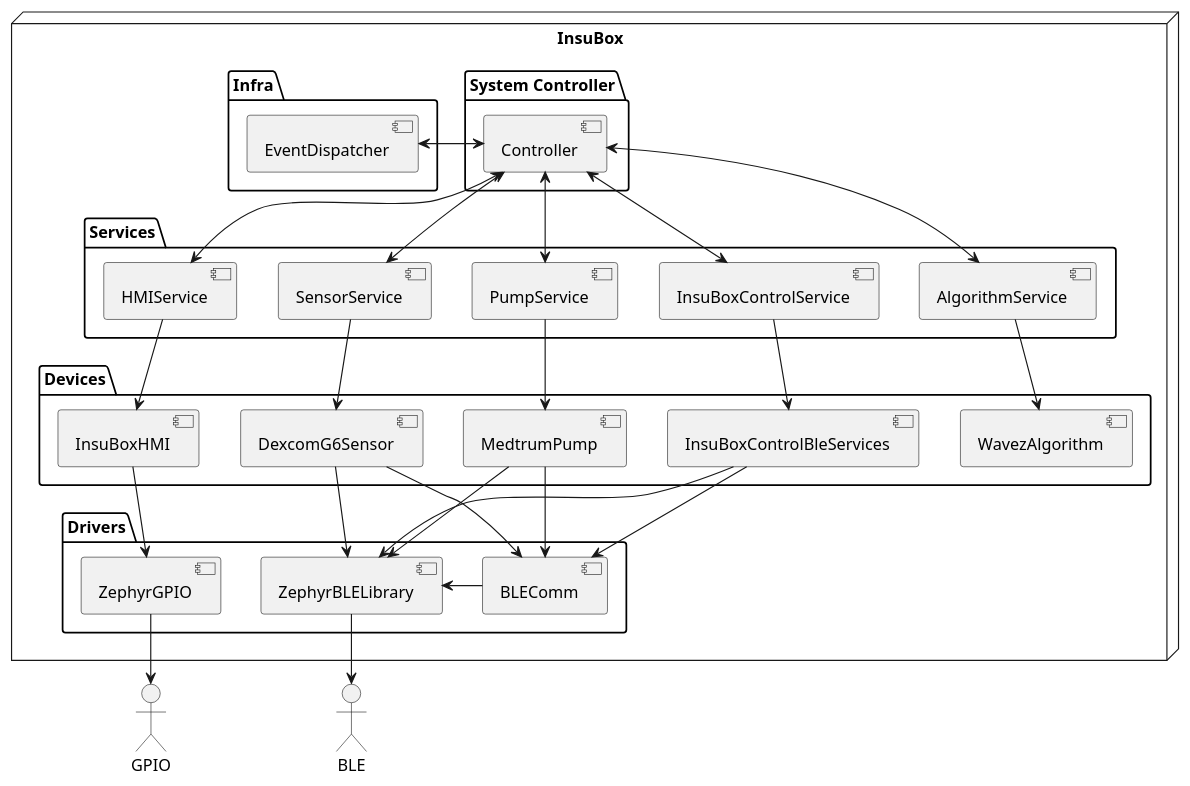
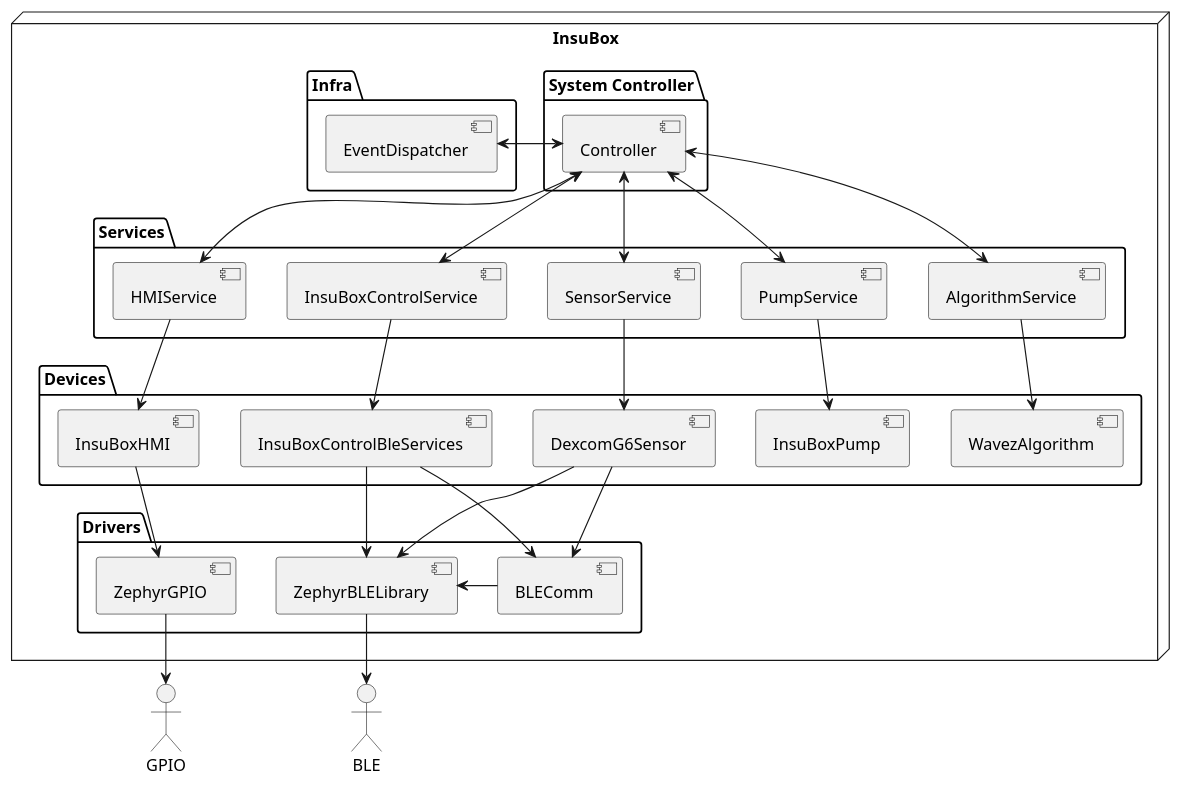
One commit to jbr7rr/insuBox changed the diagram in inline_umlgraph_pnghtml.pu. Above: the diagram before and after it, drawn with PlantUML. The commit also changed 1369 other files, not shown here.

```diff
--- a/inline_umlgraph_pnghtml.pu
+++ b/inline_umlgraph_pnghtml.pu
@@ -1,66 +1,64 @@
 @startuml inline_umlgraph_1.png
 node "InsuBox" {
     package "System Controller" {
         [Controller]
     }
 
     package "Infra" {
         [EventDispatcher]
     }
 
     package "Services" {
         [AlgorithmService]
         [PumpService]
         [SensorService]
         [InsuBoxControlService]
         [HMIService]
     }
 
     package "Devices" {
         [WavezAlgorithm]
-        [MedtrumPump]
+        [InsuBoxPump]
         [DexcomG6Sensor]
         [InsuBoxControlBleServices]
         [InsuBoxHMI]
     }
 
     package "Drivers" {
         [BLEComm]
         [ZephyrBLELibrary]
         [ZephyrGPIO]
     }
 }
 
 ' System Controller
 Controller <-down-> PumpService
 Controller <-down-> SensorService
 Controller <-down-> InsuBoxControlService
 Controller <-down-> AlgorithmService
 Controller <-down-> HMIService
 Controller <-left-> EventDispatcher
 
 ' Services
 AlgorithmService -down-> WavezAlgorithm
-PumpService -down-> MedtrumPump
+PumpService -down-> InsuBoxPump
 SensorService -down-> DexcomG6Sensor
 InsuBoxControlService -down-> InsuBoxControlBleServices
 HMIService -down-> InsuBoxHMI
 
 ' Devices
-MedtrumPump -down-> BLEComm
-MedtrumPump -down-> ZephyrBLELibrary
 DexcomG6Sensor -down-> BLEComm
 DexcomG6Sensor -down-> ZephyrBLELibrary
 InsuBoxControlBleServices -down-> BLEComm
 InsuBoxControlBleServices -down-> ZephyrBLELibrary
 InsuBoxHMI -down-> ZephyrGPIO
 
 ' Peripherals
 actor BLE as "BLE"
 actor GPIO as "GPIO"
 
 ' Drivers
 BLEComm -> ZephyrBLELibrary
 ZephyrBLELibrary -down-> BLE
 ZephyrGPIO -down-> GPIO
 @enduml
```
